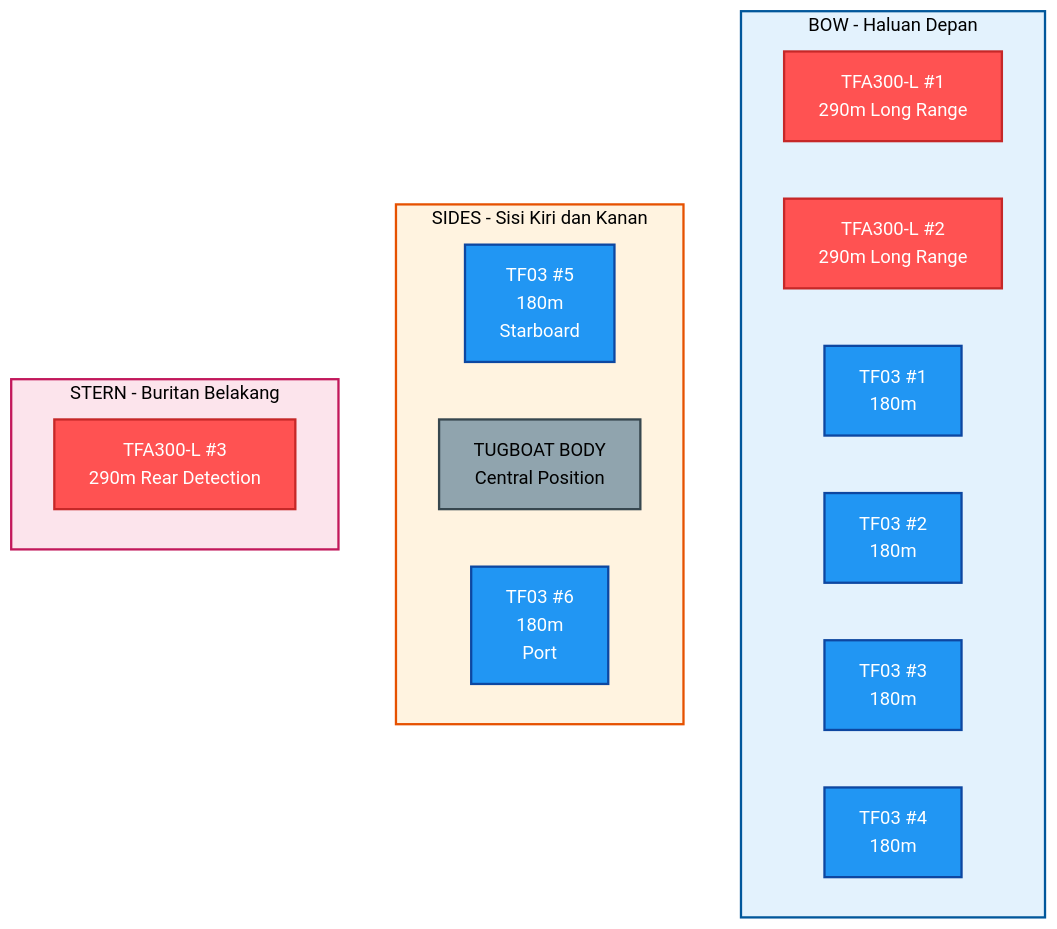
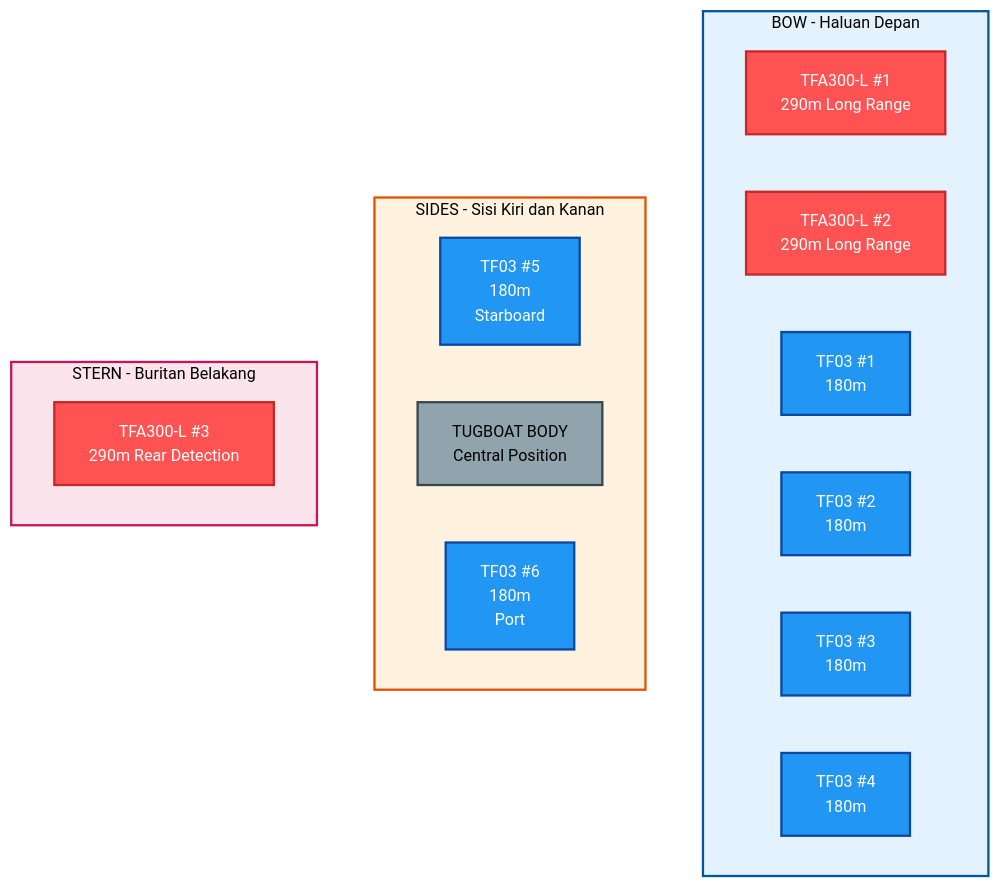
The second of 5 diagrams in 01_PROPOSAL_UTAMA_BESTARI_SAINTEK.md (antonprafanto/buros2025), drawn with Mermaid before and after one commit. The commit also changed other lines of this file, not shown here.

First line of the commit message:
Enhance Mermaid diagram theme with comprehensive white background

````diff
--- a/01_PROPOSAL_UTAMA_BESTARI_SAINTEK.md
+++ b/01_PROPOSAL_UTAMA_BESTARI_SAINTEK.md
@@ -228,48 +228,48 @@
 ```mermaid
-%%{init: {'theme':'base', 'themeVariables': { 'primaryColor':'#ffffff','primaryTextColor':'#000','primaryBorderColor':'#000','lineColor':'#000','secondaryColor':'#f5f5f5','background':'#ffffff','mainBkg':'#ffffff','clusterBkg':'#e3f2fd','clusterBorder':'#01579b'}}}%%
+%%{init: {'theme':'base', 'themeVariables': { 'primaryColor':'#ffffff','primaryTextColor':'#000','primaryBorderColor':'#000','lineColor':'#000','secondaryColor':'#ffffff','background':'#ffffff','mainBkg':'#ffffff','secondBkg':'#ffffff','clusterBkg':'#e3f2fd','clusterBorder':'#01579b','edgeLabelBackground':'#ffffff','fontFamily':'arial','fontSize':'14px','textColor':'#000','nodeBorder':'#000','nodeTextColor':'#000','arrowheadColor':'#000'}}}%%
 graph TB
     subgraph BOW["BOW - Haluan Depan"]
         TFA1["TFA300-L #1
         290m Long Range"]
         TFA2["TFA300-L #2
         290m Long Range"]
         TF03_F1["TF03 #1
         180m"]
         TF03_F2["TF03 #2
         180m"]
         TF03_F3["TF03 #3
         180m"]
         TF03_F4["TF03 #4
         180m"]
     end
 
     subgraph SIDES["SIDES - Sisi Kiri dan Kanan"]
         TF03_L["TF03 #5
         180m
         Starboard"]
         BODY["TUGBOAT BODY
         Central Position"]
         TF03_R["TF03 #6
         180m
         Port"]
     end
 
     subgraph STERN["STERN - Buritan Belakang"]
         TFA3["TFA300-L #3
         290m Rear Detection"]
     end
 
     style BOW fill:#e3f2fd,stroke:#01579b,stroke-width:2px,color:#000
     style SIDES fill:#fff3e0,stroke:#e65100,stroke-width:2px,color:#000
     style STERN fill:#fce4ec,stroke:#c2185b,stroke-width:2px,color:#000
     style TFA1 fill:#ff5252,color:#fff,stroke:#c62828,stroke-width:2px
     style TFA2 fill:#ff5252,color:#fff,stroke:#c62828,stroke-width:2px
     style TFA3 fill:#ff5252,color:#fff,stroke:#c62828,stroke-width:2px
     style TF03_F1 fill:#2196f3,color:#fff,stroke:#0d47a1,stroke-width:2px
     style TF03_F2 fill:#2196f3,color:#fff,stroke:#0d47a1,stroke-width:2px
     style TF03_F3 fill:#2196f3,color:#fff,stroke:#0d47a1,stroke-width:2px
     style TF03_F4 fill:#2196f3,color:#fff,stroke:#0d47a1,stroke-width:2px
     style TF03_L fill:#2196f3,color:#fff,stroke:#0d47a1,stroke-width:2px
     style TF03_R fill:#2196f3,color:#fff,stroke:#0d47a1,stroke-width:2px
     style BODY fill:#90a4ae,color:#000,stroke:#37474f,stroke-width:2px
 ```
````
